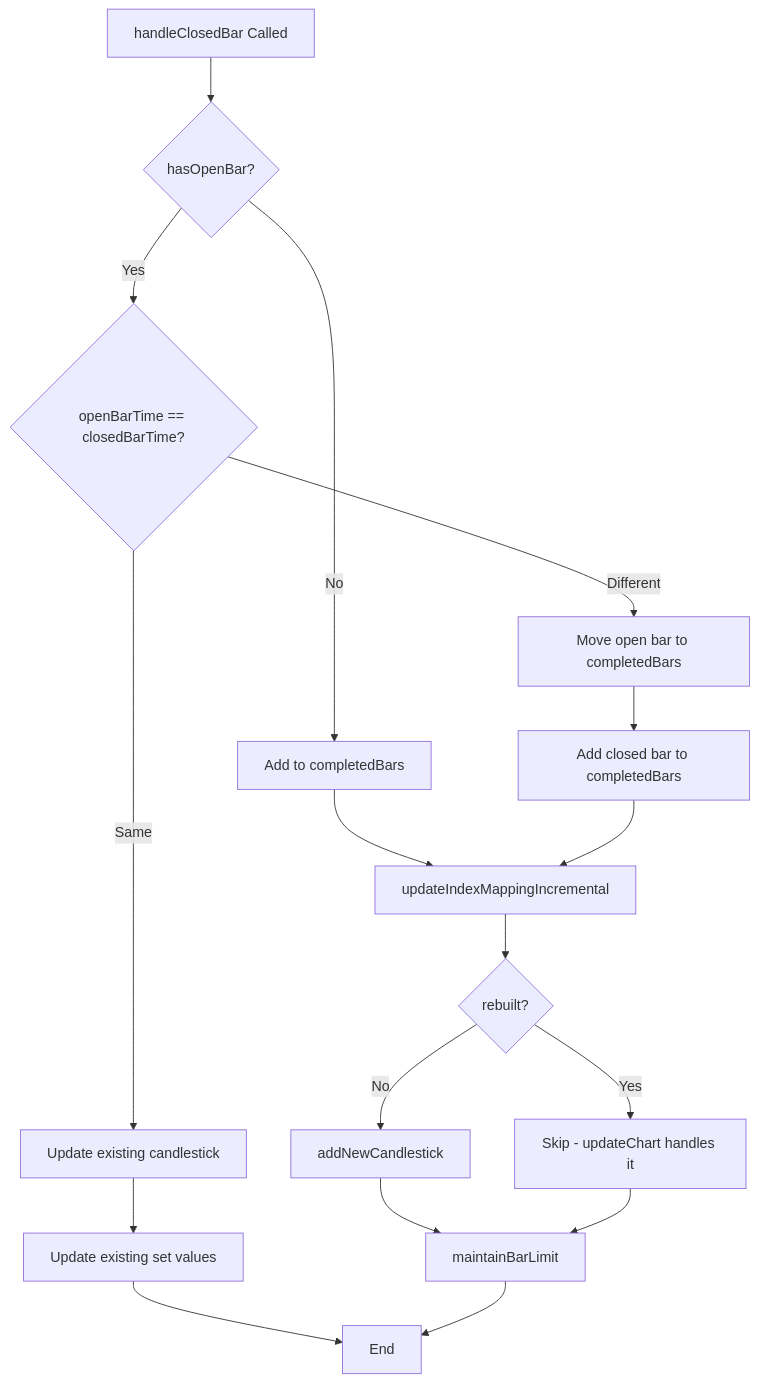
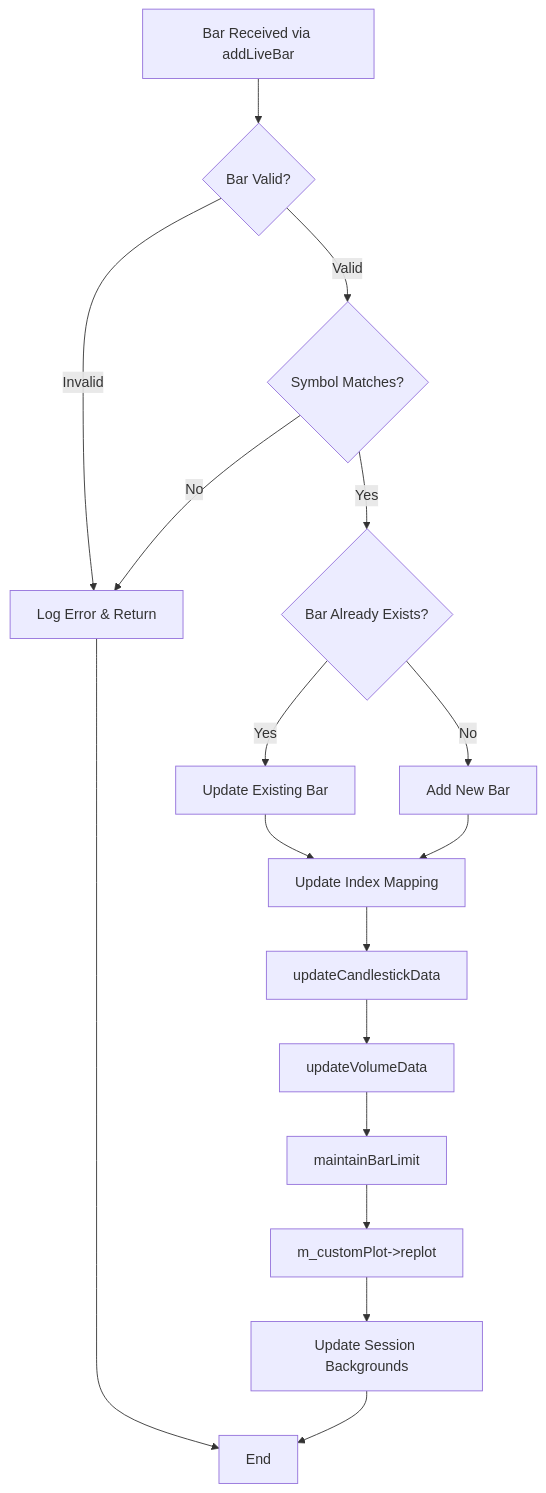
One commit to simonbeaudoin0935/OpenTraderPlatform changed the first of 3 diagrams in Doc/StockPriceChart_BarReception.md. Above: the diagram before and after it, drawn with Mermaid. The commit also changed other lines of this file and 2 other files, not shown here.

Commit message:
Update Architecture and GUI docs - remove obsolete references, add missing components

````diff
--- a/Doc/StockPriceChart_BarReception.md
+++ b/Doc/StockPriceChart_BarReception.md
@@ -49,19 +29,19 @@
 ```mermaid
-flowchart TD
-    A[handleClosedBar Called] --> B{hasOpenBar?}
-    B -->|No| C[Add to completedBars]
-    B -->|Yes| D{openBarTime == closedBarTime?}
-    D -->|Same| E[Update existing candlestick]
-    D -->|Different| F[Move open bar to completedBars]
-    C --> G[updateIndexMappingIncremental]
-    F --> H[Add closed bar to completedBars]
-    H --> G
-    G --> I{rebuilt?}
-    I -->|No| J[addNewCandlestick]
-    I -->|Yes| K[Skip - updateChart handles it]
-    E --> L[Update existing set values]
-    J --> M[maintainBarLimit]
-    K --> M
-    L --> N[End]
-    M --> N
+graph TD
+    A[Bar Received via addLiveBar] --> B{Bar Valid?}
+    B -->|Invalid| C[Log Error & Return]
+    B -->|Valid| D{Symbol Matches?}
+    D -->|No| C
+    D -->|Yes| E{Bar Already Exists?}
+    E -->|Yes| F[Update Existing Bar]
+    E -->|No| G[Add New Bar]
+    F --> H[Update Index Mapping]
+    G --> H
+    H --> I[updateCandlestickData]
+    I --> J[updateVolumeData]
+    J --> K[maintainBarLimit]
+    K --> L[m_customPlot->replot]
+    L --> M[Update Session Backgrounds]
+    M --> N[End]
+    C --> N
 ```
````
